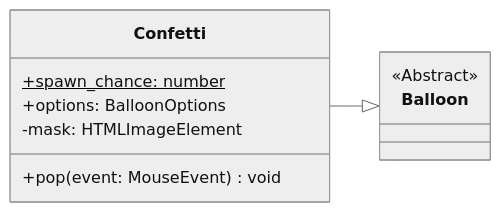
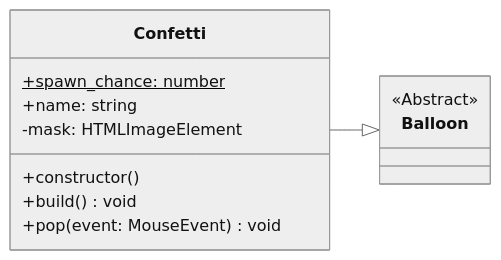
One commit to SimonStnn/pop-a-loon changed the fourth of 5 diagrams in docs/README.md. Above: the diagram before and after it, drawn with Mermaid (neutral theme). The commit also changed other lines of this file, not shown here.

Commit message:
Update balloon uml diagrams

````diff
--- a/docs/README.md
+++ b/docs/README.md
@@ -372,14 +338,16 @@
 ```mermaid
 classDiagram
 direction LR
 class Balloon { <<Abstract>> }
 click Balloon href "#abstract-balloon-class" "Abstract balloon class"
 
 class Confetti {
   +spawn_chance: number$
-  +options: BalloonOptions
+  +name: string
   -mask: HTMLImageElement
+  +constructor()
+  +build() void
   +pop(event: MouseEvent) void
 }
 Confetti --|> Balloon
 ```
````
